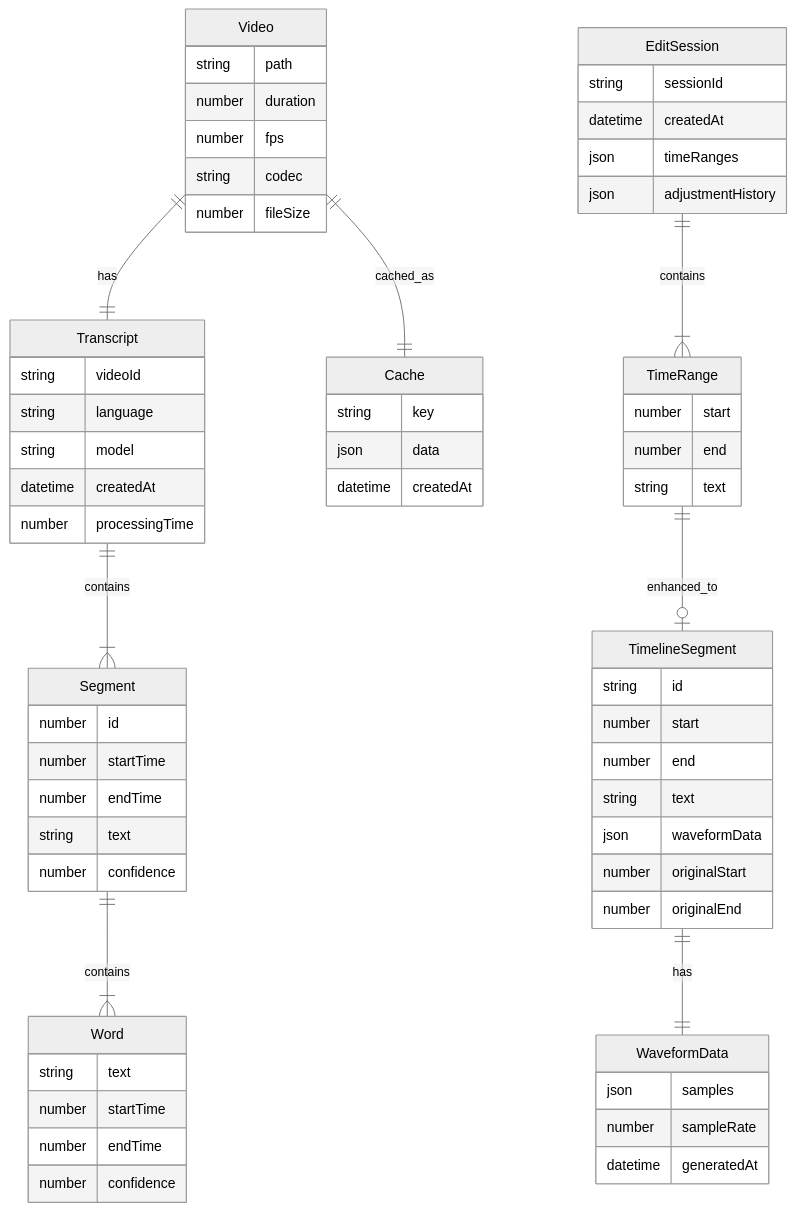
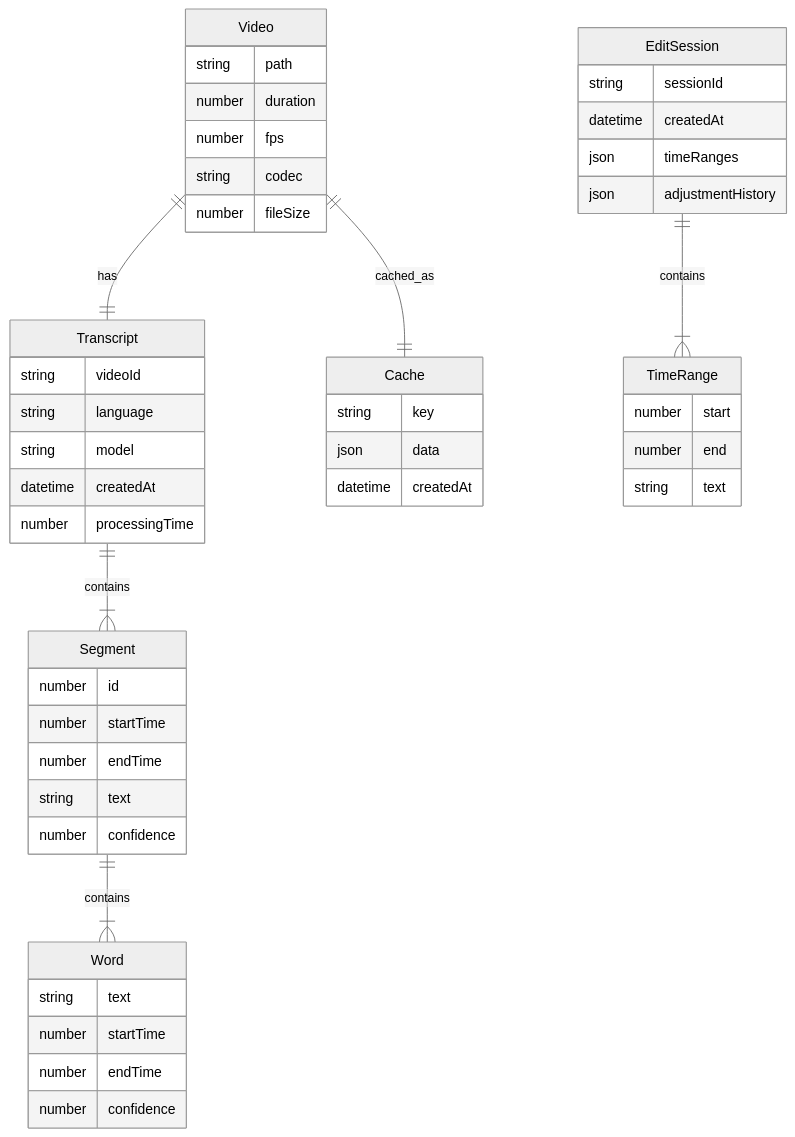
Before and after one commit to Coidemo/TextffCut: diagram 14 of 27 in docs/basic_design_specification_v2.md, drawn with Mermaid (neutral theme). The commit also changed other lines of this file and 1 other file, not shown here.

````diff
--- a/docs/basic_design_specification_v2.md
+++ b/docs/basic_design_specification_v2.md
@@ -625,76 +475,59 @@
 ```mermaid
 erDiagram
     Video ||--|| Transcript : "has"
     Transcript ||--|{ Segment : "contains"
     Segment ||--|{ Word : "contains"
     EditSession ||--|{ TimeRange : "contains"
-    TimeRange ||--o| TimelineSegment : "enhanced_to"
-    TimelineSegment ||--|| WaveformData : "has"
     Video ||--|| Cache : "cached_as"
     
     Video {
         string path
         number duration
         number fps
         string codec
         number fileSize
     }
     
     Transcript {
         string videoId
         string language
         string model
         datetime createdAt
         number processingTime
     }
     
     Segment {
         number id
         number startTime
         number endTime
         string text
         number confidence
     }
     
     Word {
         string text
         number startTime
         number endTime
         number confidence
     }
     
     EditSession {
         string sessionId
         datetime createdAt
         json timeRanges
         json adjustmentHistory
     }
     
     TimeRange {
         number start
         number end
         string text
     }
     
-    TimelineSegment {
-        string id
-        number start
-        number end
-        string text
-        json waveformData
-        number originalStart
-        number originalEnd
-    }
-    
-    WaveformData {
-        json samples
-        number sampleRate
-        datetime generatedAt
-    }
     
     Cache {
         string key
         json data
         datetime createdAt
     }
 ```
````
